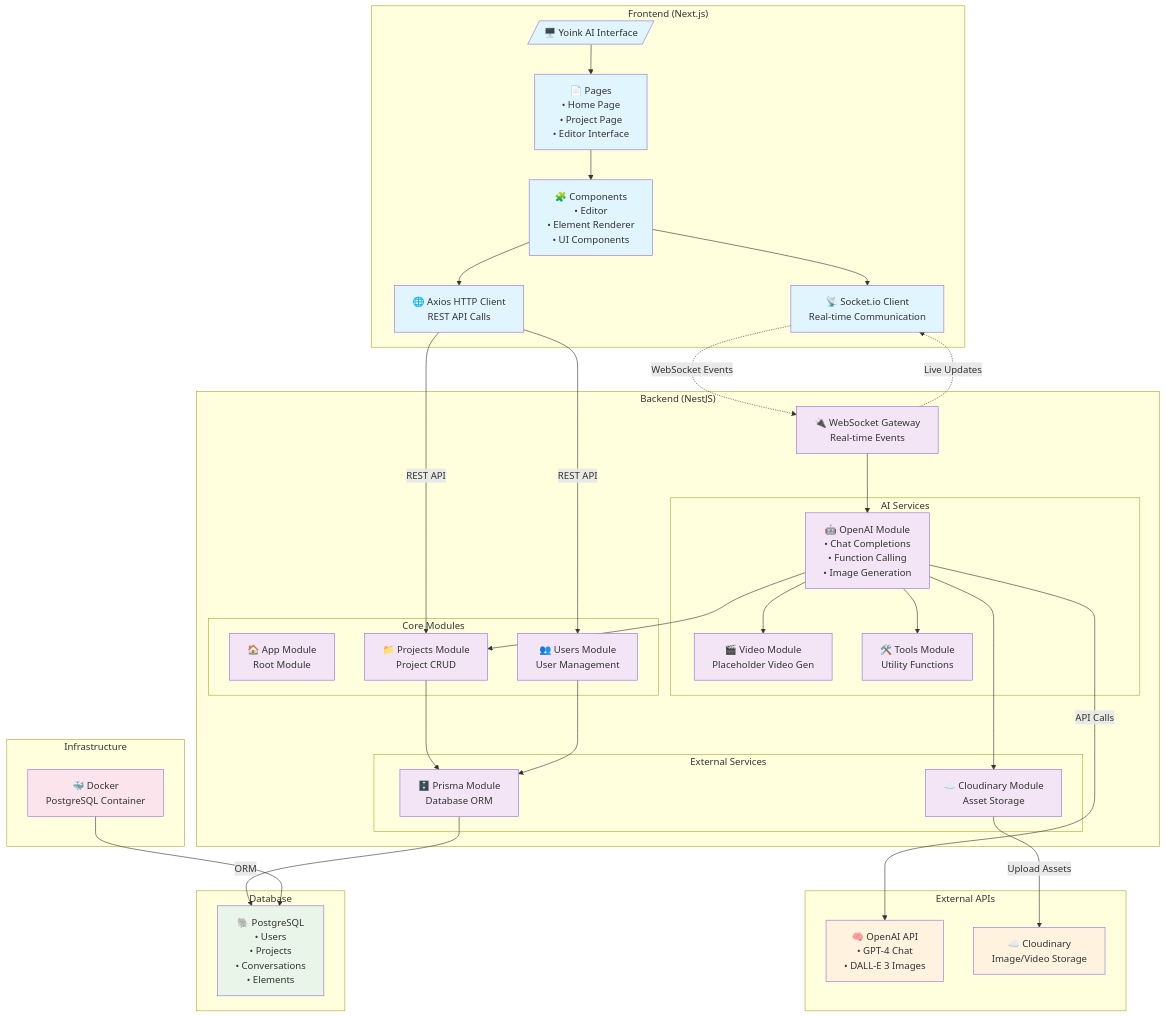
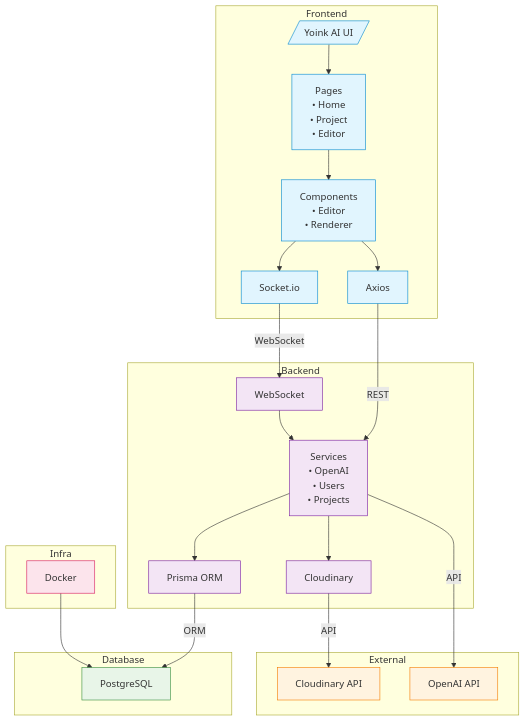
One commit to HarshSharma0801/YoinkAI changed the diagram in README.md. Above: the diagram before and after it, drawn with Mermaid. The commit also changed other lines of this file, not shown here.

````diff
--- a/README.md
+++ b/README.md
@@ -20,91 +20,51 @@
 ```mermaid
-graph TB
-    subgraph "Frontend (Next.js)"
-        UI[/"🖥️ Yoink AI Interface"/]
-        Pages["📄 Pages<br/>• Home Page<br/>• Project Page<br/>• Editor Interface"]
-        Components["🧩 Components<br/>• Editor<br/>• Element Renderer<br/>• UI Components"]
-        SocketClient["📡 Socket.io Client<br/>Real-time Communication"]
-        AxiosAPI["🌐 Axios HTTP Client<br/>REST API Calls"]
+graph TD
+    subgraph "Frontend"
+        UI[/"Yoink AI UI"/]
+        Pages["Pages<br/>• Home<br/>• Project<br/>• Editor"]
+        Components["Components<br/>• Editor<br/>• Renderer"]
+        Socket["Socket.io"]
+        Axios["Axios"]
+        UI --> Pages --> Components --> Socket & Axios
     end
 
-    subgraph "Backend (NestJS)"
-        Gateway["🔌 WebSocket Gateway<br/>Real-time Events"]
-
-        subgraph "Core Modules"
-            AppModule["🏠 App Module<br/>Root Module"]
-            UsersModule["👥 Users Module<br/>User Management"]
-            ProjectsModule["📁 Projects Module<br/>Project CRUD"]
-        end
-
-        subgraph "AI Services"
-            OpenAIModule["🤖 OpenAI Module<br/>• Chat Completions<br/>• Function Calling<br/>• Image Generation"]
-            VideoModule["🎬 Video Module<br/>Placeholder Video Gen"]
-            ToolsModule["🛠️ Tools Module<br/>Utility Functions"]
-        end
-
-        subgraph "External Services"
-            CloudinaryModule["☁️ Cloudinary Module<br/>Asset Storage"]
-            PrismaModule["🗄️ Prisma Module<br/>Database ORM"]
-        end
+    subgraph "Backend"
+        Gateway["WebSocket"]
+        Services["Services<br/>• OpenAI<br/>• Users<br/>• Projects"]
+        Prisma["Prisma ORM"]
+        Cloudinary["Cloudinary"]
+        Gateway --> Services --> Prisma & Cloudinary
     end
 
-    subgraph "External APIs"
-        OpenAI["🧠 OpenAI API<br/>• GPT-4 Chat<br/>• DALL-E 3 Images"]
-        Cloudinary["☁️ Cloudinary<br/>Image/Video Storage"]
+    subgraph "External"
+        OpenAI["OpenAI API"]
+        CloudinaryAPI["Cloudinary API"]
     end
 
     subgraph "Database"
-        PostgreSQL["🐘 PostgreSQL<br/>• Users<br/>• Projects<br/>• Conversations<br/>• Elements"]
+        DB["PostgreSQL"]
     end
 
-    subgraph "Infrastructure"
-        Docker["🐳 Docker<br/>PostgreSQL Container"]
+    subgraph "Infra"
+        Docker["Docker"]
     end
 
-    %% Frontend connections
-    UI --> Pages
-    Pages --> Components
-    Components --> SocketClient
-    Components --> AxiosAPI
+    Socket -->|"WebSocket"| Gateway
+    Axios -->|"REST"| Services
+    Services -->|"API"| OpenAI
+    Cloudinary -->|"API"| CloudinaryAPI
+    Prisma -->|"ORM"| DB
+    Docker --> DB
 
-    %% Real-time flow
-    SocketClient -.->|"WebSocket Events"| Gateway
-    Gateway -.->|"Live Updates"| SocketClient
+    classDef frontend fill:#e1f5fe,stroke:#0288d1
+    classDef backend fill:#f3e5f5,stroke:#7b1fa2
+    classDef external fill:#fff3e0,stroke:#f57c00
+    classDef database fill:#e8f5e8,stroke:#388e3c
+    classDef infra fill:#fce4ec,stroke:#d81b60
 
-    %% HTTP API flow
-    AxiosAPI -->|"REST API"| UsersModule
-    AxiosAPI -->|"REST API"| ProjectsModule
-
-    %% Gateway connections
-    Gateway --> OpenAIModule
-
-    %% Module dependencies
-    OpenAIModule --> ProjectsModule
-    OpenAIModule --> CloudinaryModule
-    OpenAIModule --> VideoModule
-    OpenAIModule --> ToolsModule
-    ProjectsModule --> PrismaModule
-    UsersModule --> PrismaModule
-
-    %% External API connections
-    OpenAIModule -->|"API Calls"| OpenAI
-    CloudinaryModule -->|"Upload Assets"| Cloudinary
-
-    %% Database connections
-    PrismaModule -->|"ORM"| PostgreSQL
-
-    %% Infrastructure
-    Docker --> PostgreSQL
-
-    classDef frontend fill:#e1f5fe
-    classDef backend fill:#f3e5f5
-    classDef external fill:#fff3e0
-    classDef database fill:#e8f5e8
-    classDef infrastructure fill:#fce4ec
-
-    class UI,Pages,Components,SocketClient,AxiosAPI frontend
-    class Gateway,AppModule,UsersModule,ProjectsModule,OpenAIModule,VideoModule,ToolsModule,CloudinaryModule,PrismaModule backend
-    class OpenAI,Cloudinary external
-    class PostgreSQL database
-    class Docker infrastructure
+    class UI,Pages,Components,Socket,Axios frontend
+    class Gateway,Services,Prisma,Cloudinary backend
+    class OpenAI,CloudinaryAPI external
+    class DB database
+    class Docker infra
 ```
````
